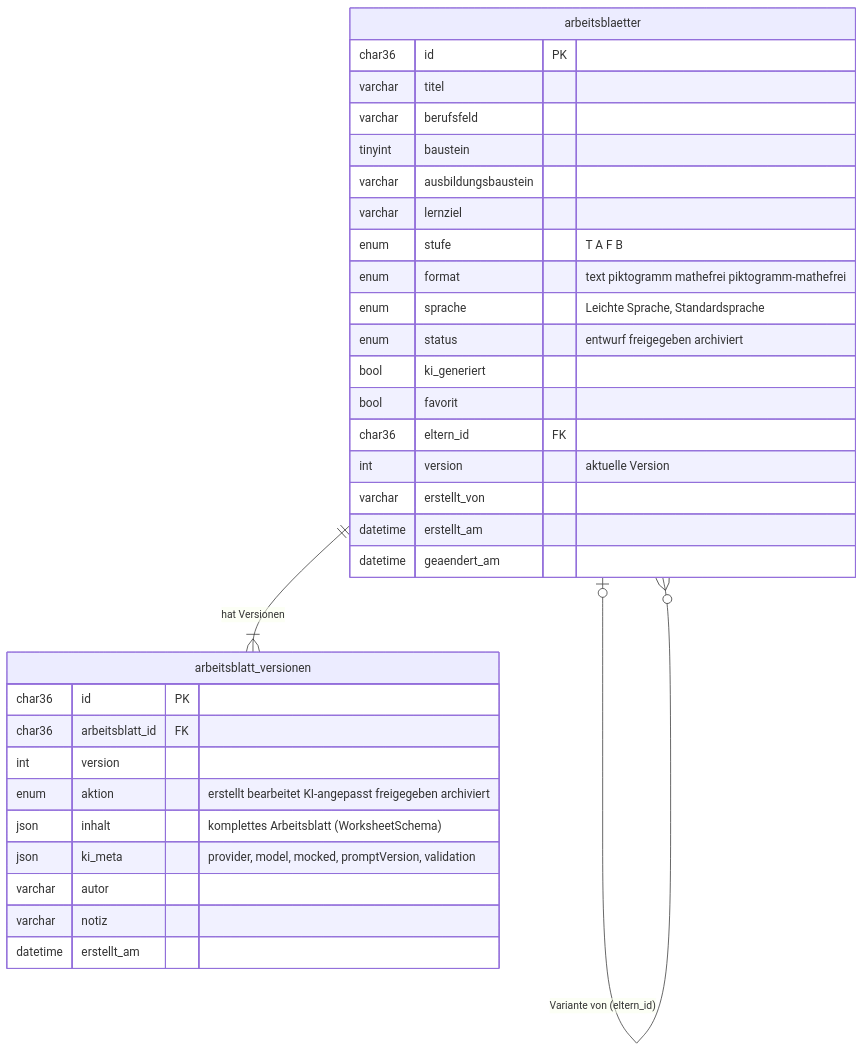
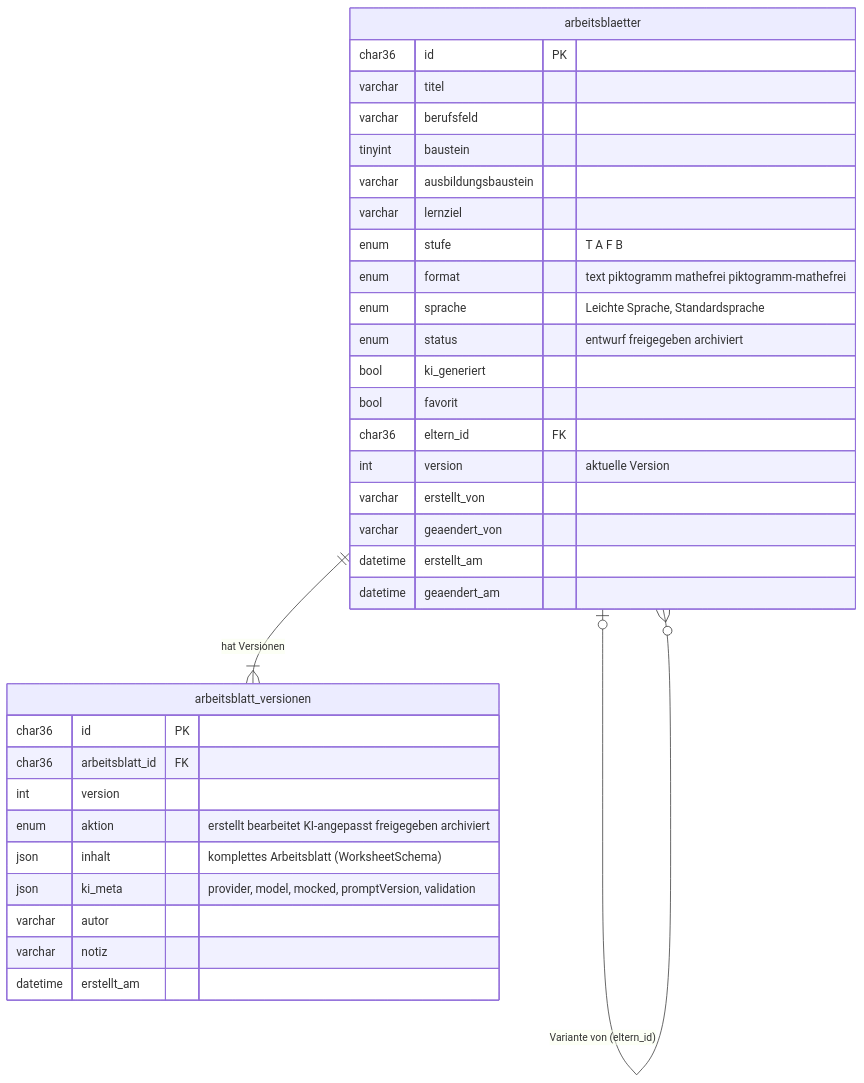
Before and after one commit to ZipseLu/DHBW-Integrationsseminar-Bildungspark: the diagram in docs/persistenz-arbeitsblaetter.md, drawn with Mermaid. The commit also changed other lines of this file and 9 other files, not shown here.

First line of the commit message:
BE-05: Token-Haertung, geaendert_von und scharfere Tests

````diff
--- a/docs/persistenz-arbeitsblaetter.md
+++ b/docs/persistenz-arbeitsblaetter.md
@@ -17,35 +17,36 @@
 ```mermaid
 erDiagram
     arbeitsblaetter ||--|{ arbeitsblatt_versionen : "hat Versionen"
     arbeitsblaetter o|--o{ arbeitsblaetter : "Variante von (eltern_id)"
     arbeitsblaetter {
         char36 id PK
         varchar titel
         varchar berufsfeld
         tinyint baustein
         varchar ausbildungsbaustein
         varchar lernziel
         enum stufe "T A F B"
         enum format "text piktogramm mathefrei piktogramm-mathefrei"
         enum sprache "Leichte Sprache, Standardsprache"
         enum status "entwurf freigegeben archiviert"
         bool ki_generiert
         bool favorit
         char36 eltern_id FK
         int version "aktuelle Version"
         varchar erstellt_von
+        varchar geaendert_von
         datetime erstellt_am
         datetime geaendert_am
     }
     arbeitsblatt_versionen {
         char36 id PK
         char36 arbeitsblatt_id FK
         int version
         enum aktion "erstellt bearbeitet KI-angepasst freigegeben archiviert"
         json inhalt "komplettes Arbeitsblatt (WorksheetSchema)"
         json ki_meta "provider, model, mocked, promptVersion, validation"
         varchar autor
         varchar notiz
         datetime erstellt_am
     }
 ```
````
